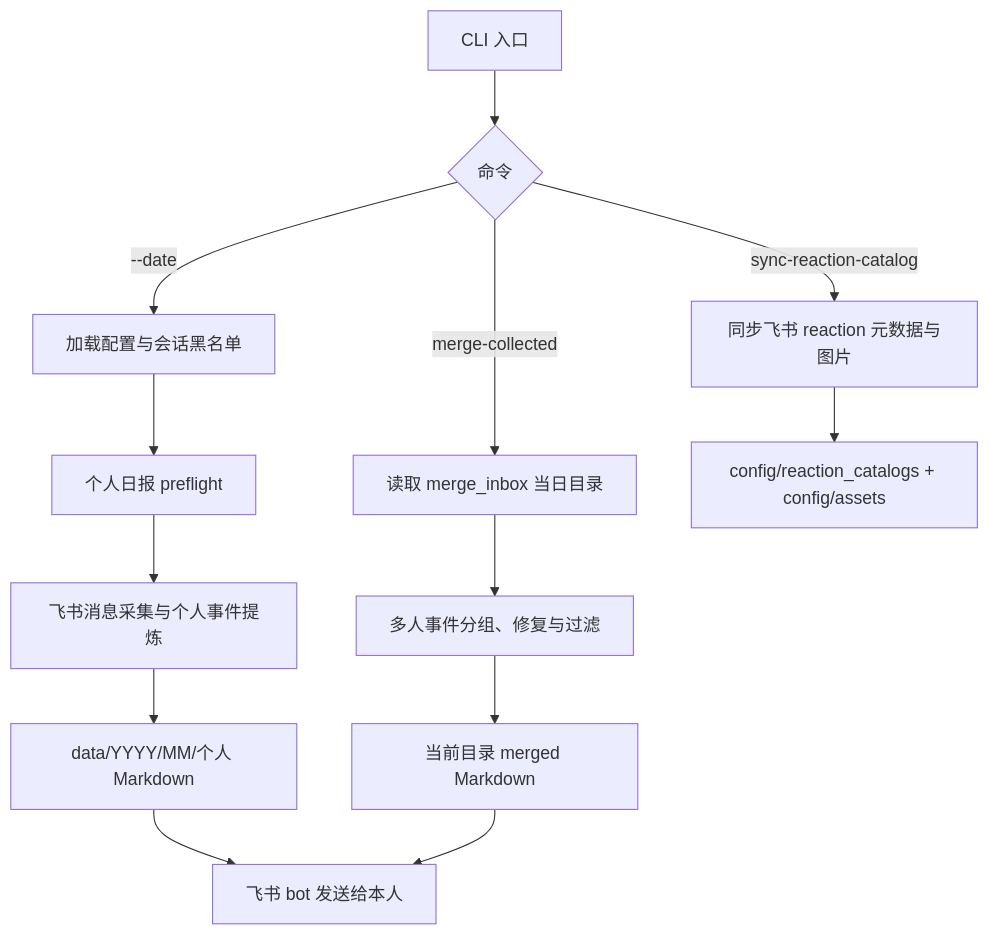
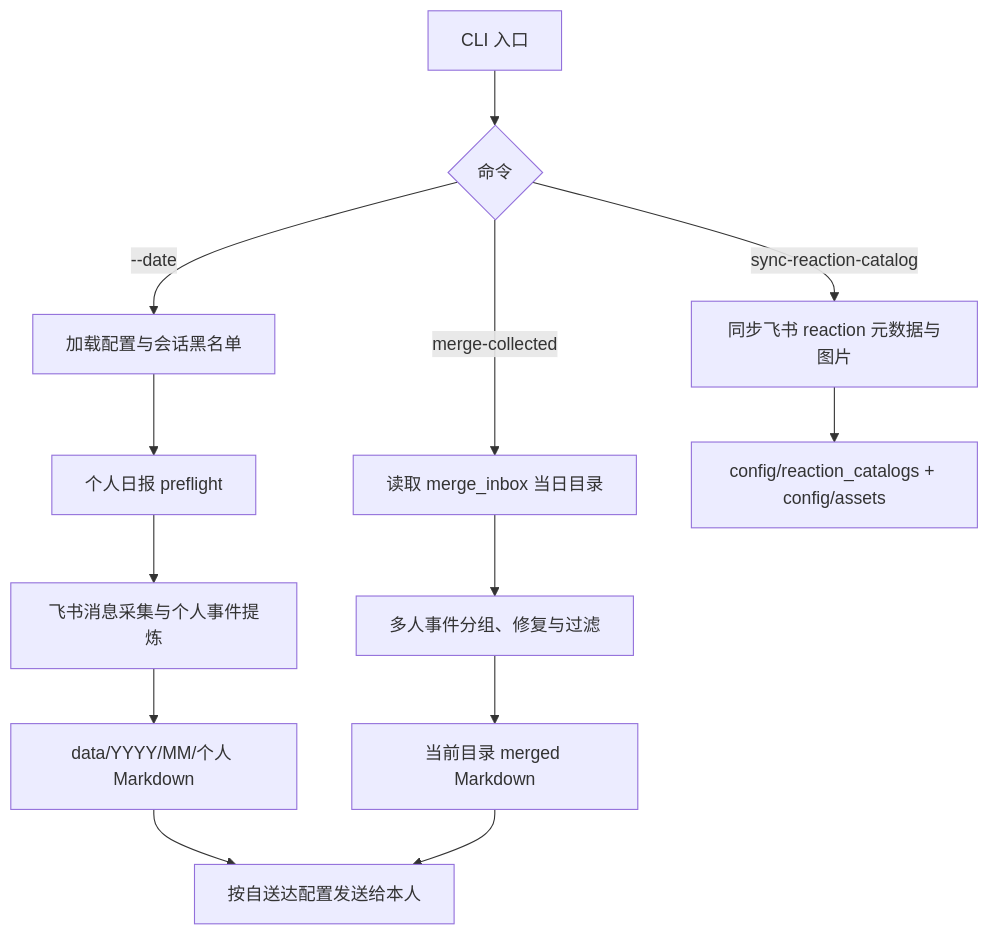
The first of 3 diagrams in README.md (sunweisheng/WorkTrace), drawn with Mermaid before and after one commit. The commit also changed other lines of this file and 14 other files, not shown here.

````diff
--- a/README.md
+++ b/README.md
@@ -82,17 +84,17 @@
 ```mermaid
 flowchart TD
     A["CLI 入口"] --> B{"命令"}
     B -->|"--date"| C["加载配置与会话黑名单"]
     C --> D["个人日报 preflight"]
     D --> E["飞书消息采集与个人事件提炼"]
     E --> F["data/YYYY/MM/个人 Markdown"]
-    F --> G["飞书 bot 发送给本人"]
+    F --> G["按自送达配置发送给本人"]
 
     B -->|"merge-collected"| H["读取 merge_inbox 当日目录"]
     H --> I["多人事件分组、修复与过滤"]
     I --> J["当前目录 merged Markdown"]
     J --> G
 
     B -->|"sync-reaction-catalog"| K["同步飞书 reaction 元数据与图片"]
     K --> L["config/reaction_catalogs + config/assets"]
 ```
````
